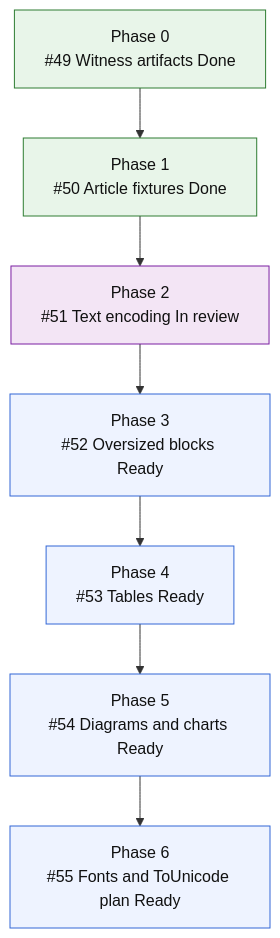
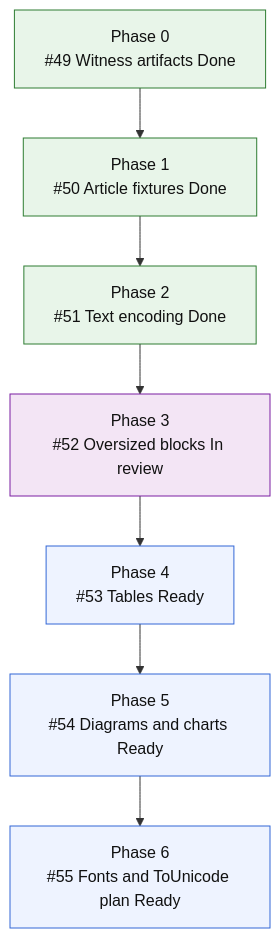
The second of 2 diagrams in README.md (mihaelamj/MarkdownPDF), drawn with Mermaid before and after one commit. The commit also changed 4 other files, not shown here.

````diff
--- a/README.md
+++ b/README.md
@@ -212,21 +212,22 @@
 ```mermaid
 flowchart TD
     F0["Phase 0<br/>#49 Witness artifacts Done"]
     F1["Phase 1<br/>#50 Article fixtures Done"]
-    F2["Phase 2<br/>#51 Text encoding In review"]
-    F3["Phase 3<br/>#52 Oversized blocks Ready"]
+    F2["Phase 2<br/>#51 Text encoding Done"]
+    F3["Phase 3<br/>#52 Oversized blocks In review"]
     F4["Phase 4<br/>#53 Tables Ready"]
     F5["Phase 5<br/>#54 Diagrams and charts Ready"]
     F6["Phase 6<br/>#55 Fonts and ToUnicode plan Ready"]
 
     F0 --> F1 --> F2 --> F3 --> F4 --> F5 --> F6
 
     classDef done fill:#e8f5e9,stroke:#2e7d32,color:#111;
     classDef active fill:#e3f2fd,stroke:#1565c0,color:#111;
     classDef review fill:#f3e5f5,stroke:#7b1fa2,color:#111;
     classDef next fill:#fff8e1,stroke:#f9a825,color:#111;
     classDef todo fill:#eef3ff,stroke:#3367d6,color:#111;
     class F0,F1 done;
-    class F2 review;
-    class F3,F4,F5,F6 todo;
+    class F2 done;
+    class F3 review;
+    class F4,F5,F6 todo;
 ```
````
